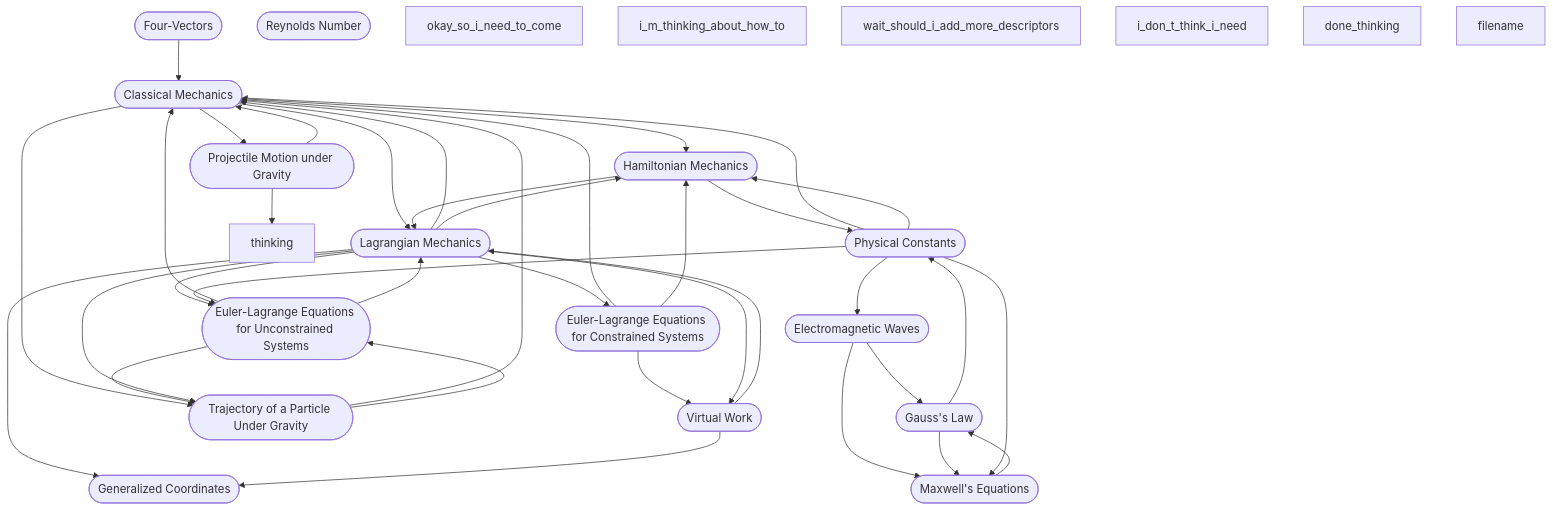
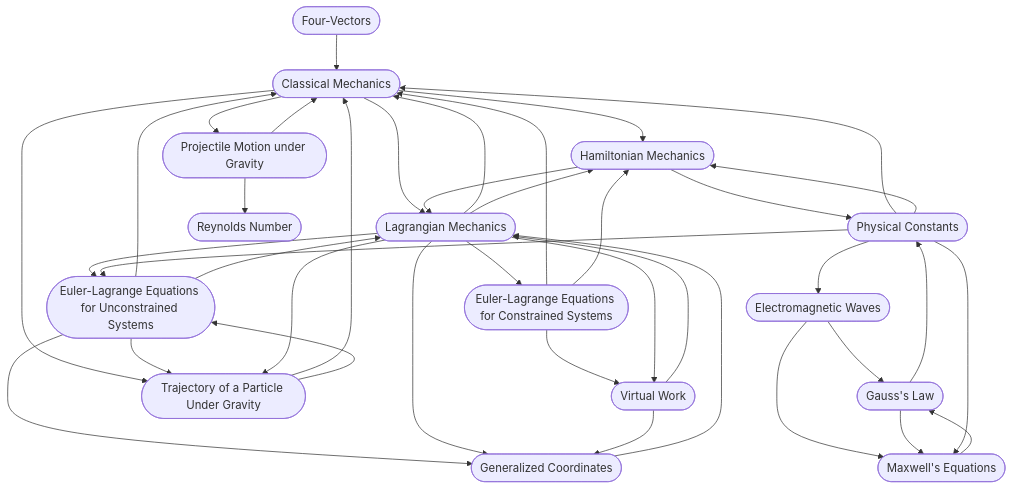
Before and after one commit to Aaravshah2907/Physics-KB: the diagram in KNOWLEDGE_GRAPH.md, drawn with Mermaid. The commit also changed 3 other files, not shown here.

Commit message:
feat: Add numerous fluid dynamics topics and expand generalized coordinates, while correcting a malformed Reynolds Number entry.

````diff
--- a/KNOWLEDGE_GRAPH.md
+++ b/KNOWLEDGE_GRAPH.md
@@ -3,64 +3,56 @@
 ```mermaid
 graph TD
   classical_mechanics([Classical Mechanics])
   electromagnetic_waves([Electromagnetic Waves])
   eulerlagrange_equations_for_constrained_systems([Euler-Lagrange Equations for Constrained Systems])
   eulerlagrange_equations_for_unconstrained_systems([Euler-Lagrange Equations for Unconstrained Systems])
   four_vectors([Four-Vectors])
   gauss_law([Gauss's Law])
   generalized_coordinates([Generalized Coordinates])
   hamiltonian_mechanics([Hamiltonian Mechanics])
   lagrangian_mechanics([Lagrangian Mechanics])
   maxwell_s_equations([Maxwell's Equations])
   physical_constants([Physical Constants])
   projectile_motion([Projectile Motion under Gravity])
-  thinking_okay_so_i_need_to_come__i_m_thinking_about_how_to__wait_should_i_add_more_descriptors__i_don_t_think_i_need_done_thinking__filename([Reynolds Number])
+  reynold_s_number([Reynolds Number])
   trajectory_under_gravity([Trajectory of a Particle Under Gravity])
   virtual_work([Virtual Work])
   classical_mechanics --> hamiltonian_mechanics
   classical_mechanics --> lagrangian_mechanics
   classical_mechanics --> projectile_motion
   classical_mechanics --> trajectory_under_gravity
   electromagnetic_waves --> gauss_law
   electromagnetic_waves --> maxwell_s_equations
   eulerlagrange_equations_for_constrained_systems --> classical_mechanics
   eulerlagrange_equations_for_constrained_systems --> hamiltonian_mechanics
   eulerlagrange_equations_for_constrained_systems --> virtual_work
   eulerlagrange_equations_for_unconstrained_systems --> classical_mechanics
+  eulerlagrange_equations_for_unconstrained_systems --> generalized_coordinates
   eulerlagrange_equations_for_unconstrained_systems --> lagrangian_mechanics
   eulerlagrange_equations_for_unconstrained_systems --> trajectory_under_gravity
   four_vectors --> classical_mechanics
   gauss_law --> maxwell_s_equations
   gauss_law --> physical_constants
+  generalized_coordinates --> lagrangian_mechanics
   hamiltonian_mechanics --> lagrangian_mechanics
   hamiltonian_mechanics --> physical_constants
   lagrangian_mechanics --> classical_mechanics
   lagrangian_mechanics --> eulerlagrange_equations_for_constrained_systems
   lagrangian_mechanics --> eulerlagrange_equations_for_unconstrained_systems
   lagrangian_mechanics --> generalized_coordinates
   lagrangian_mechanics --> hamiltonian_mechanics
   lagrangian_mechanics --> trajectory_under_gravity
   lagrangian_mechanics --> virtual_work
   maxwell_s_equations --> gauss_law
   physical_constants --> classical_mechanics
   physical_constants --> electromagnetic_waves
   physical_constants --> eulerlagrange_equations_for_unconstrained_systems
   physical_constants --> hamiltonian_mechanics
   physical_constants --> maxwell_s_equations
   projectile_motion --> classical_mechanics
-  projectile_motion --> thinking
-okay_so_i_need_to_come
-
-i_m_thinking_about_how_to
-
-wait_should_i_add_more_descriptors
-
-i_don_t_think_i_need
-done_thinking
-
-filename
+  projectile_motion --> reynold_s_number
   trajectory_under_gravity --> classical_mechanics
   trajectory_under_gravity --> eulerlagrange_equations_for_unconstrained_systems
   virtual_work --> generalized_coordinates
   virtual_work --> lagrangian_mechanics
 ```
````
